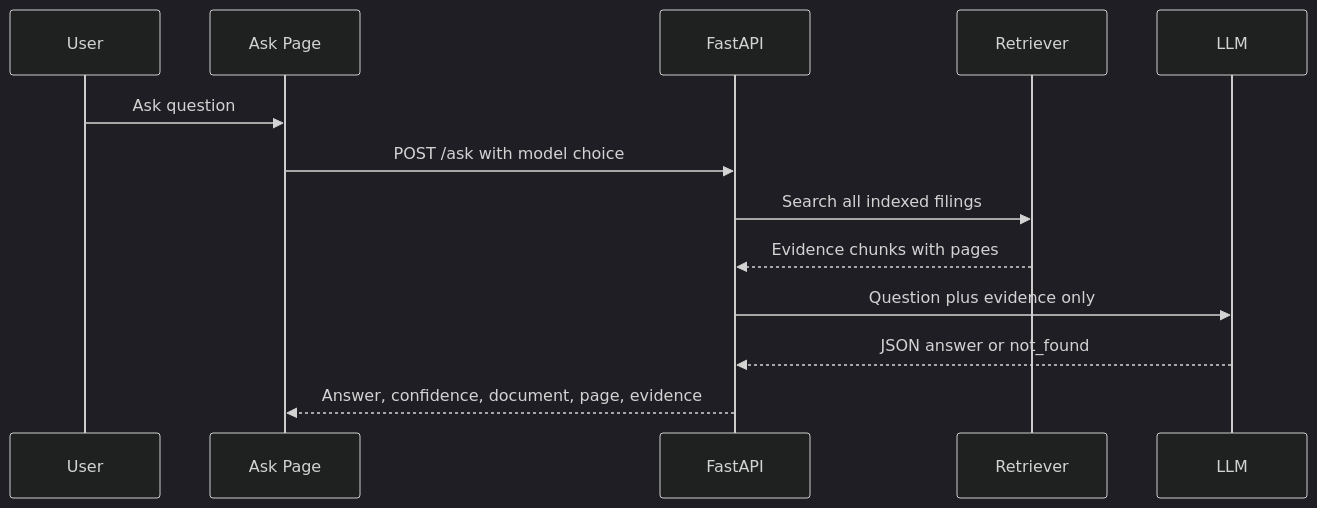
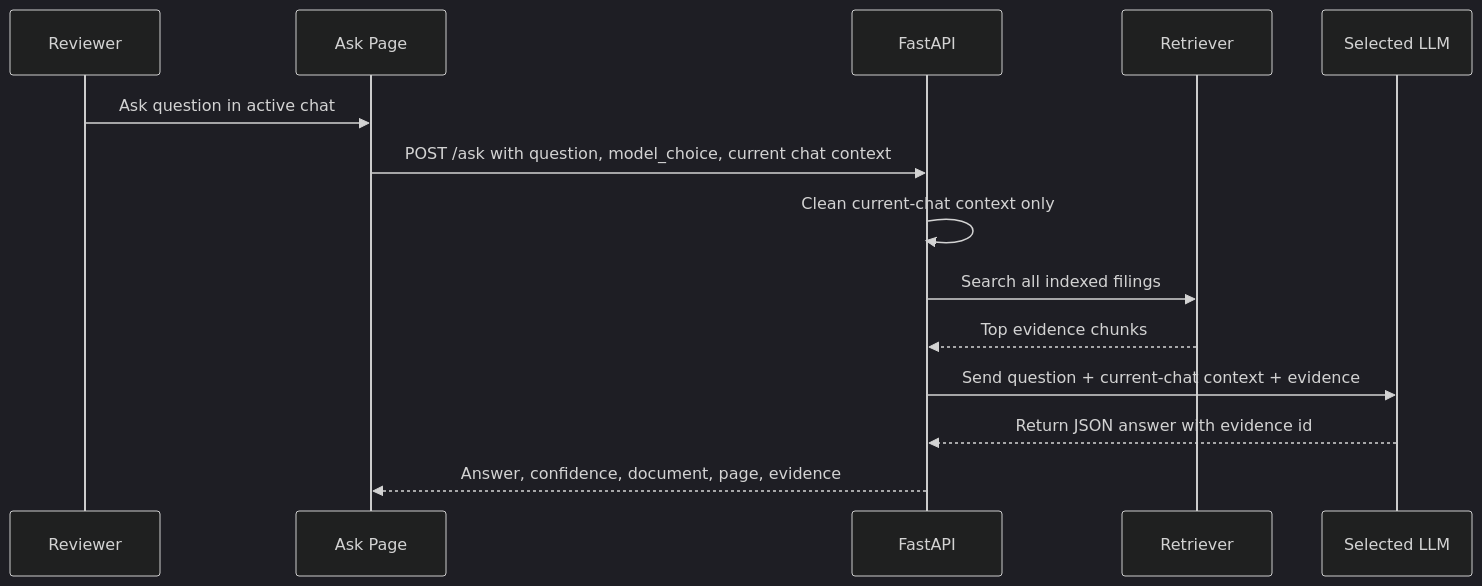
The fourth of 6 diagrams in docs/ARCHITECTURE.md (vrize-poc-demo/evidence-alpha), drawn with Mermaid (dark theme) before and after one commit. The commit also changed other lines of this file and 9 other files, not shown here.

````diff
--- a/docs/ARCHITECTURE.md
+++ b/docs/ARCHITECTURE.md
@@ -46,16 +71,17 @@
 ```mermaid
 sequenceDiagram
-    participant U as User
+    participant U as Reviewer
     participant UI as Ask Page
     participant API as FastAPI
     participant R as Retriever
-    participant L as LLM
+    participant L as Selected LLM
 
-    U->>UI: Ask question
-    UI->>API: POST /ask with model choice
+    U->>UI: Ask question in active chat
+    UI->>API: POST /ask with question, model_choice, current chat context
+    API->>API: Clean current-chat context only
     API->>R: Search all indexed filings
-    R-->>API: Evidence chunks with pages
-    API->>L: Question plus evidence only
-    L-->>API: JSON answer or not_found
+    R-->>API: Top evidence chunks
+    API->>L: Send question + current-chat context + evidence
+    L-->>API: Return JSON answer with evidence id
     API-->>UI: Answer, confidence, document, page, evidence
 ```
````
